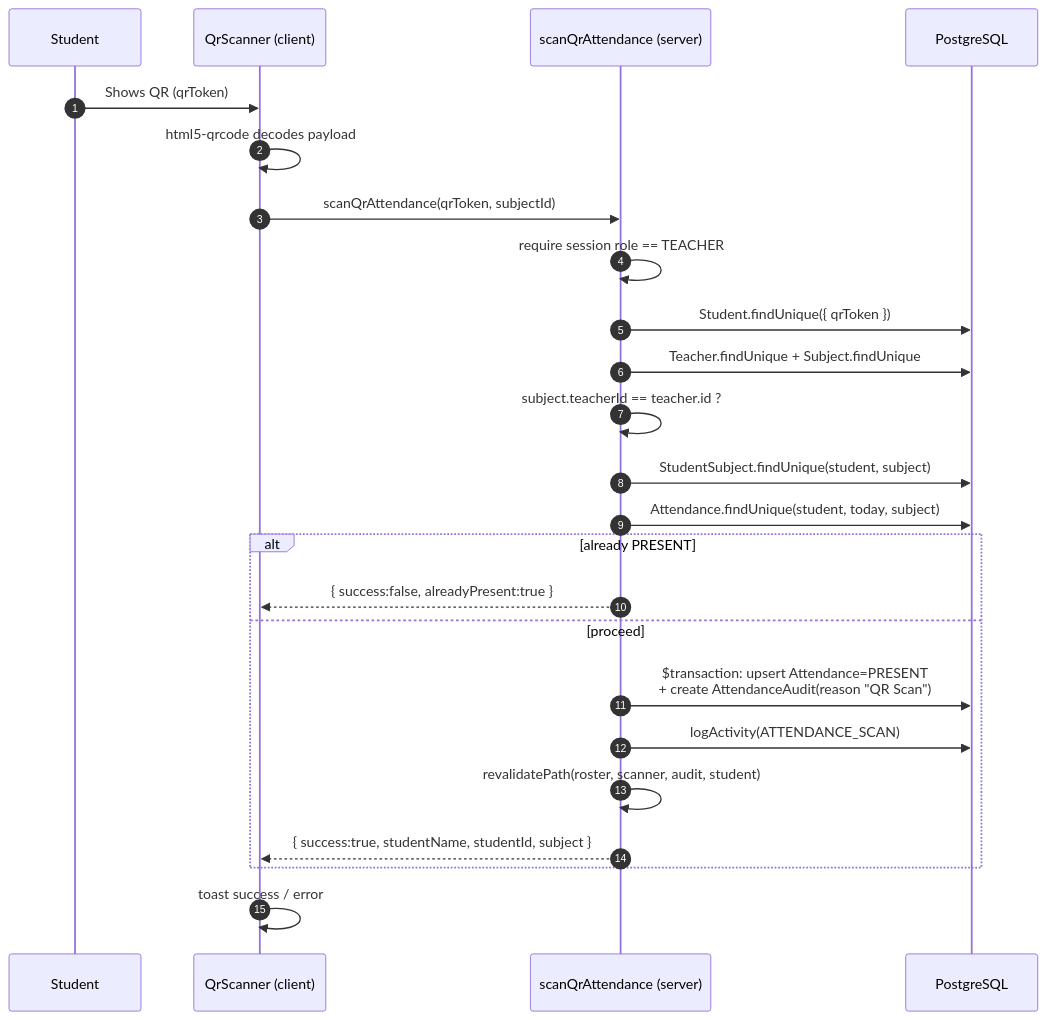
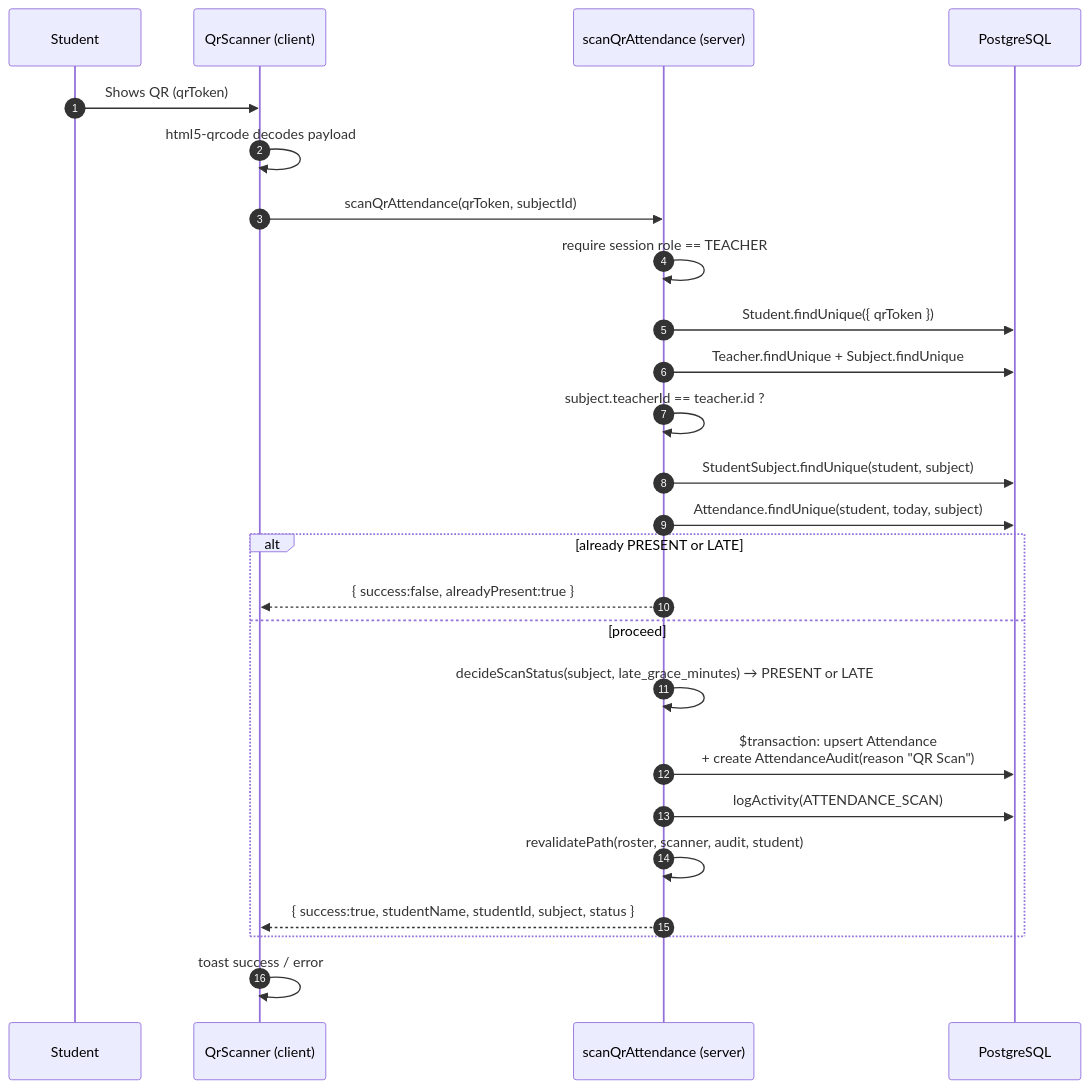
The diagram in docs/features/qr-attendance.md (haruhadj/secure-qr-attendance), drawn with Mermaid before and after one commit. The commit also changed other lines of this file and 7 other files, not shown here.

First line of the commit message:
Add automatic LATE and ABSENT marking for attendance (#12)

````diff
--- a/docs/features/qr-attendance.md
+++ b/docs/features/qr-attendance.md
@@ -10,27 +10,28 @@
 ```mermaid
 sequenceDiagram
     autonumber
     participant St as Student
     participant Sc as QrScanner (client)
     participant SA as scanQrAttendance (server)
     participant DB as PostgreSQL
 
     St->>Sc: Shows QR (qrToken)
     Sc->>Sc: html5-qrcode decodes payload
     Sc->>SA: scanQrAttendance(qrToken, subjectId)
     SA->>SA: require session role == TEACHER
     SA->>DB: Student.findUnique({ qrToken })
     SA->>DB: Teacher.findUnique + Subject.findUnique
     SA->>SA: subject.teacherId == teacher.id ?
     SA->>DB: StudentSubject.findUnique(student, subject)
     SA->>DB: Attendance.findUnique(student, today, subject)
-    alt already PRESENT
+    alt already PRESENT or LATE
         SA-->>Sc: { success:false, alreadyPresent:true }
     else proceed
-        SA->>DB: $transaction: upsert Attendance=PRESENT<br/>+ create AttendanceAudit(reason "QR Scan")
+        SA->>SA: decideScanStatus(subject, late_grace_minutes) → PRESENT or LATE
+        SA->>DB: $transaction: upsert Attendance<br/>+ create AttendanceAudit(reason "QR Scan")
         SA->>DB: logActivity(ATTENDANCE_SCAN)
         SA->>SA: revalidatePath(roster, scanner, audit, student)
-        SA-->>Sc: { success:true, studentName, studentId, subject }
+        SA-->>Sc: { success:true, studentName, studentId, subject, status }
     end
     Sc->>Sc: toast success / error
 ```
````
